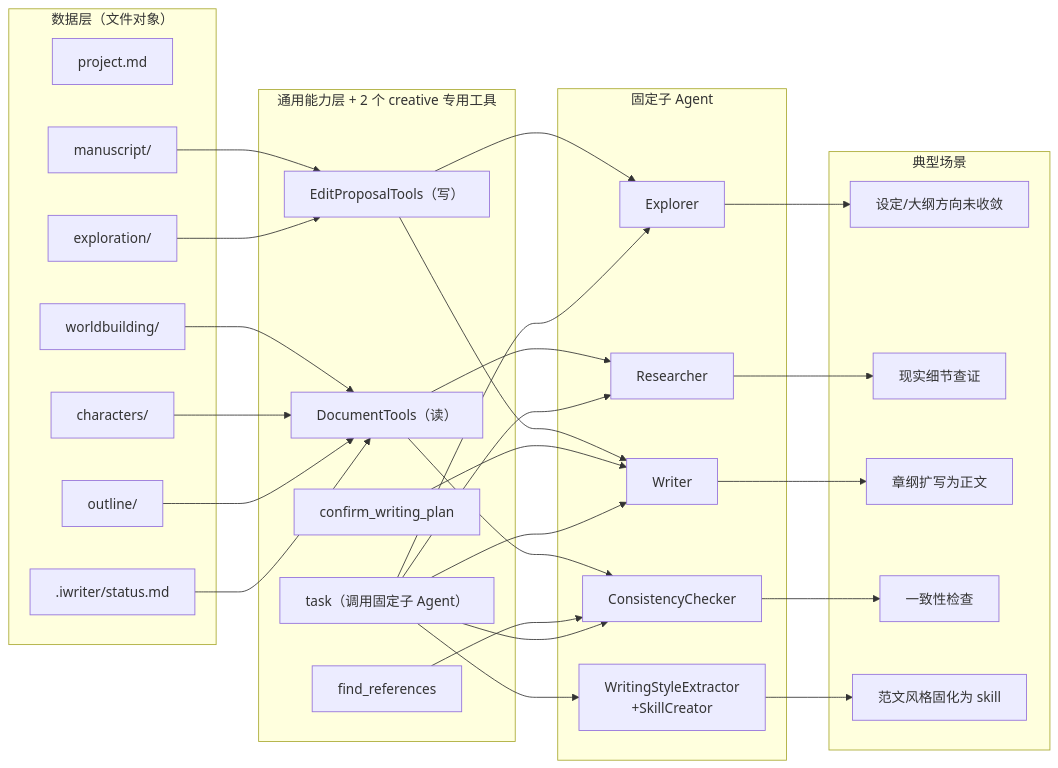
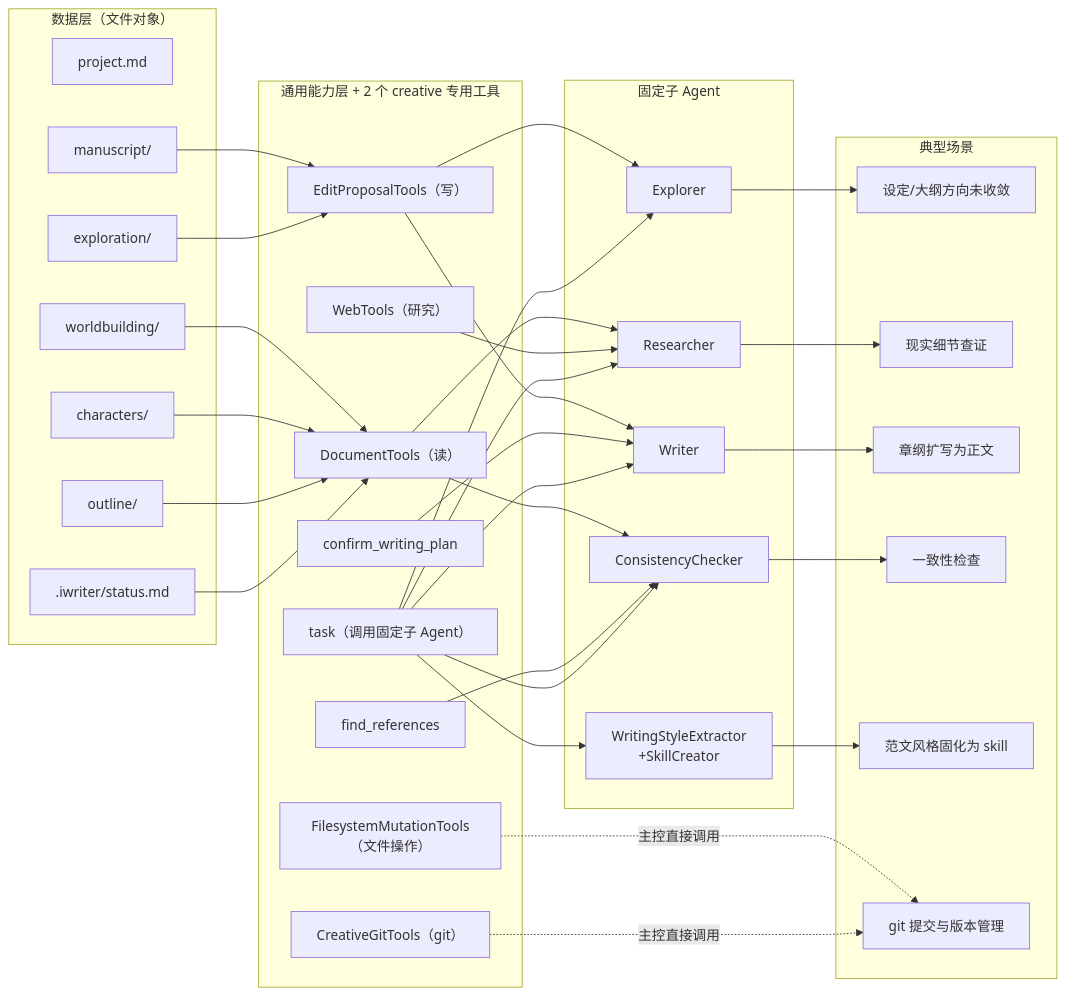
The diagram in design/creativeagent phase 2/AI小说创作伙伴：重构设计.md (map9/iWriter), drawn with Mermaid before and after one commit. The commit also changed other lines of this file and 2 other files, not shown here.

````diff
--- a/design/creativeagent phase 2/AI小说创作伙伴：重构设计.md
+++ b/design/creativeagent phase 2/AI小说创作伙伴：重构设计.md
@@ -564,61 +728,68 @@
 ```mermaid
 flowchart LR
   subgraph 数据层["数据层（文件对象）"]
     F1["project.md"]
     F2["worldbuilding/"]
     F3["characters/"]
     F4["outline/"]
     F5["manuscript/"]
     F6["exploration/"]
     F7[".iwriter/status.md"]
   end
 
   subgraph 工具层["通用能力层 + 2 个 creative 专用工具"]
     T1["DocumentTools（读）"]
     T2["EditProposalTools（写）"]
-    T3["find_references"]
-    T4["confirm_writing_plan"]
-    T5["task（调用固定子 Agent）"]
+    T3["FilesystemMutationTools（文件操作）"]
+    T4["CreativeGitTools（git）"]
+    T5["WebTools（研究）"]
+    T6["find_references"]
+    T7["confirm_writing_plan"]
+    T8["task（调用固定子 Agent）"]
   end
 
   subgraph Agent层["固定子 Agent"]
     A1["Researcher"]
     A2["Explorer"]
     A3["ConsistencyChecker"]
     A4["Writer"]
     A5["WritingStyleExtractor\n+SkillCreator"]
   end
 
   subgraph 场景层["典型场景"]
     S1["设定/大纲方向未收敛"]
     S2["现实细节查证"]
     S3["章纲扩写为正文"]
     S4["一致性检查"]
     S5["范文风格固化为 skill"]
+    S6["git 提交与版本管理"]
   end
 
   F2 --> T1
   F3 --> T1
   F4 --> T1
   F5 --> T2
   F6 --> T2
   F7 --> T1
 
   T1 --> A1
   T1 --> A3
   T2 --> A2
   T2 --> A4
-  T3 --> A3
-  T4 --> A4
   T5 --> A1
-  T5 --> A2
-  T5 --> A3
-  T5 --> A4
-  T5 --> A5
+  T6 --> A3
+  T7 --> A4
+  T8 --> A1
+  T8 --> A2
+  T8 --> A3
+  T8 --> A4
+  T8 --> A5
+  T3 -.-> |主控直接调用| S6
+  T4 -.-> |主控直接调用| S6
 
   A1 --> S2
   A2 --> S1
   A3 --> S4
   A4 --> S3
   A5 --> S5
 ```
````
